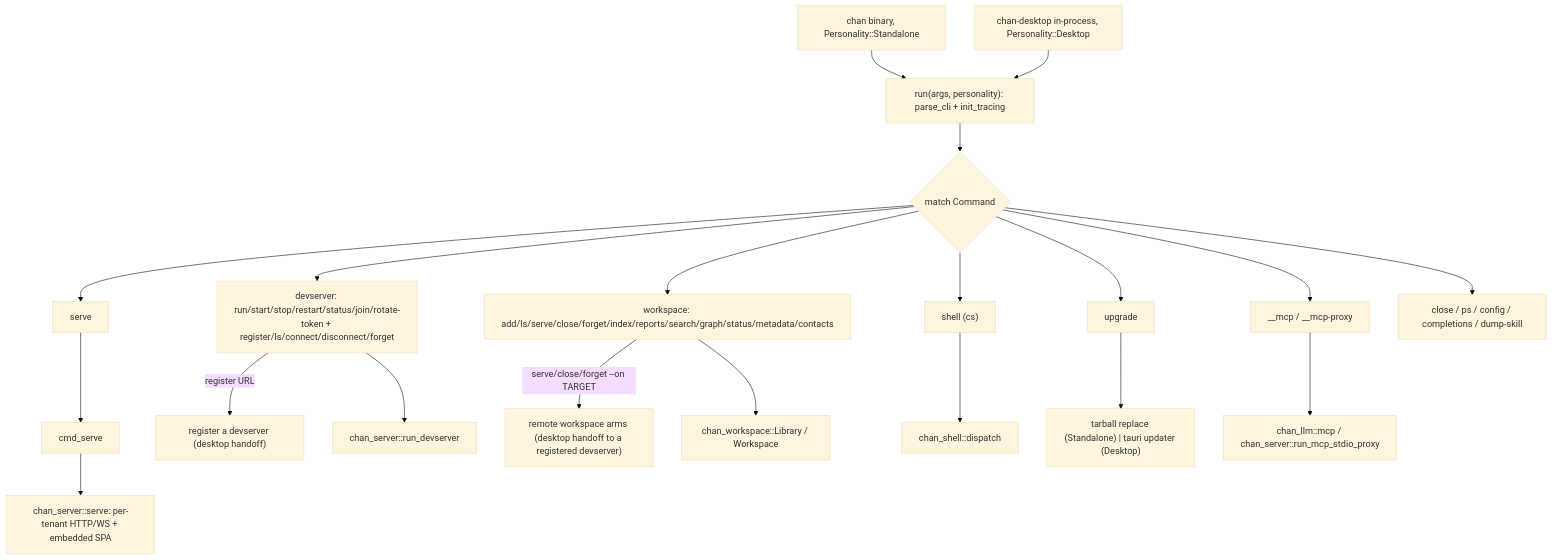
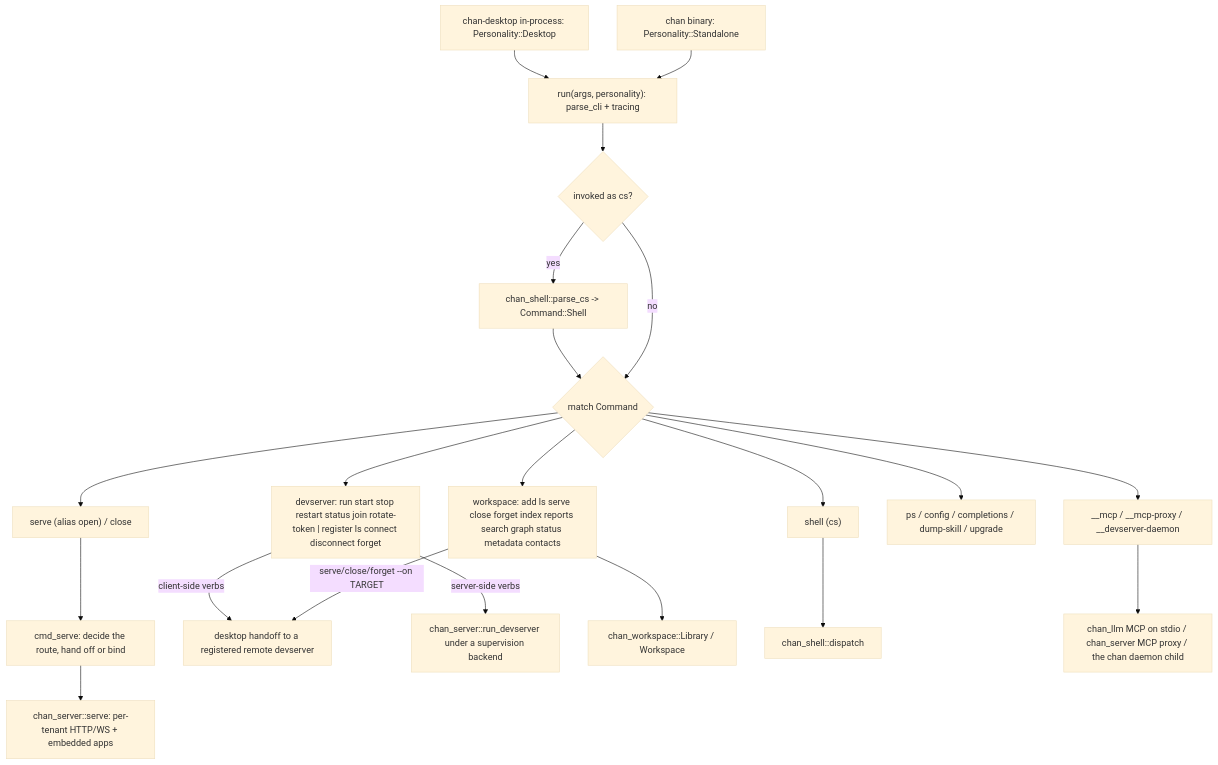
Before and after one commit to fiorix/chan: the first of 3 diagrams in crates/chan/design.md, drawn with Mermaid (base theme). The commit also changed other lines of this file and 10 other files, not shown here.

````diff
--- a/crates/chan/design.md
+++ b/crates/chan/design.md
@@ -29,22 +28,23 @@
 ```mermaid
 flowchart TB
-  Standalone["chan binary, Personality::Standalone"] --> Run
-  Desktop["chan-desktop in-process, Personality::Desktop"] --> Run
-  Run["run(args, personality): parse_cli + init_tracing"] --> Dispatch{"match Command"}
-  Dispatch --> ServeCmd["serve"]
-  Dispatch --> Dev["devserver: run/start/stop/restart/status/join/rotate-token + register/ls/connect/disconnect/forget"]
-  Dispatch --> Ws["workspace: add/ls/serve/close/forget/index/reports/search/graph/status/metadata/contacts"]
-  Ws -->|"serve/close/forget --on TARGET"| Remote["remote workspace arms (desktop handoff to a registered devserver)"]
+  Standalone["chan binary: Personality::Standalone"] --> Run
+  Desktop["chan-desktop in-process: Personality::Desktop"] --> Run
+  Run["run(args, personality): parse_cli + tracing"] --> Alias{"invoked as cs?"}
+  Alias -->|"yes"| Cs["chan_shell::parse_cs -> Command::Shell"]
+  Alias -->|"no"| Dispatch{"match Command"}
+  Cs --> Dispatch
+  Dispatch --> ServeCmd["serve (alias open) / close"]
+  Dispatch --> Ws["workspace: add ls serve close forget index reports search graph status metadata contacts"]
+  Dispatch --> Dev["devserver: run start stop restart status join rotate-token | register ls connect disconnect forget"]
   Dispatch --> Sh["shell (cs)"]
-  Dispatch --> Up["upgrade"]
-  Dispatch --> Mcp["__mcp / __mcp-proxy"]
-  Dispatch --> Other["close / ps / config / completions / dump-skill"]
-  ServeCmd --> Serve["cmd_serve"]
-  Dev -->|"register URL"| RegDev["register a devserver (desktop handoff)"]
-  Serve --> CS["chan_server::serve: per-tenant HTTP/WS + embedded SPA"]
-  Dev --> RunDev["chan_server::run_devserver"]
+  Dispatch --> Other["ps / config / completions / dump-skill / upgrade"]
+  Dispatch --> Hidden["__mcp / __mcp-proxy / __devserver-daemon"]
+  ServeCmd --> Serve["cmd_serve: decide the route, hand off or bind"]
+  Ws -->|"serve/close/forget --on TARGET"| Remote["desktop handoff to a registered remote devserver"]
+  Serve --> CS["chan_server::serve: per-tenant HTTP/WS + embedded apps"]
+  Dev -->|"server-side verbs"| RunDev["chan_server::run_devserver under a supervision backend"]
+  Dev -->|"client-side verbs"| Remote
   Ws --> Lib["chan_workspace::Library / Workspace"]
   Sh --> ShDisp["chan_shell::dispatch"]
-  Up --> UpFork["tarball replace (Standalone) | tauri updater (Desktop)"]
-  Mcp --> Llm["chan_llm::mcp / chan_server::run_mcp_stdio_proxy"]
+  Hidden --> Llm["chan_llm MCP on stdio / chan_server MCP proxy / the chan daemon child"]
 ```
````
